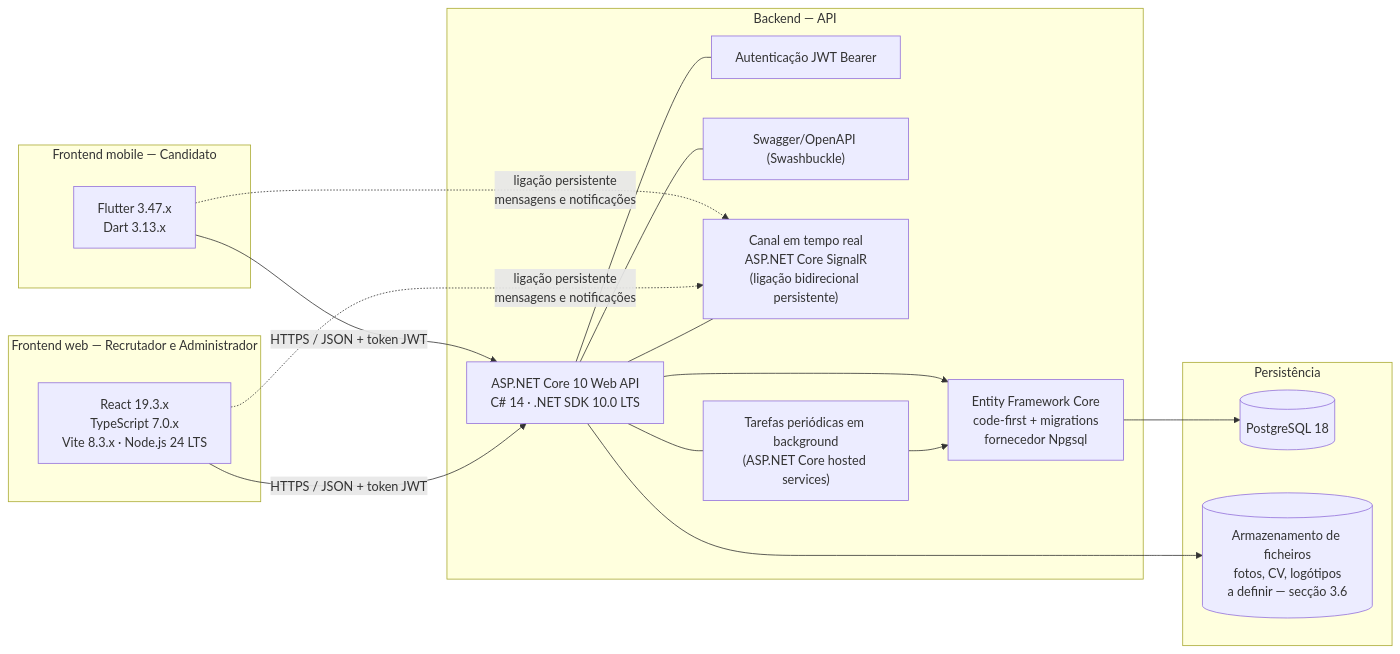
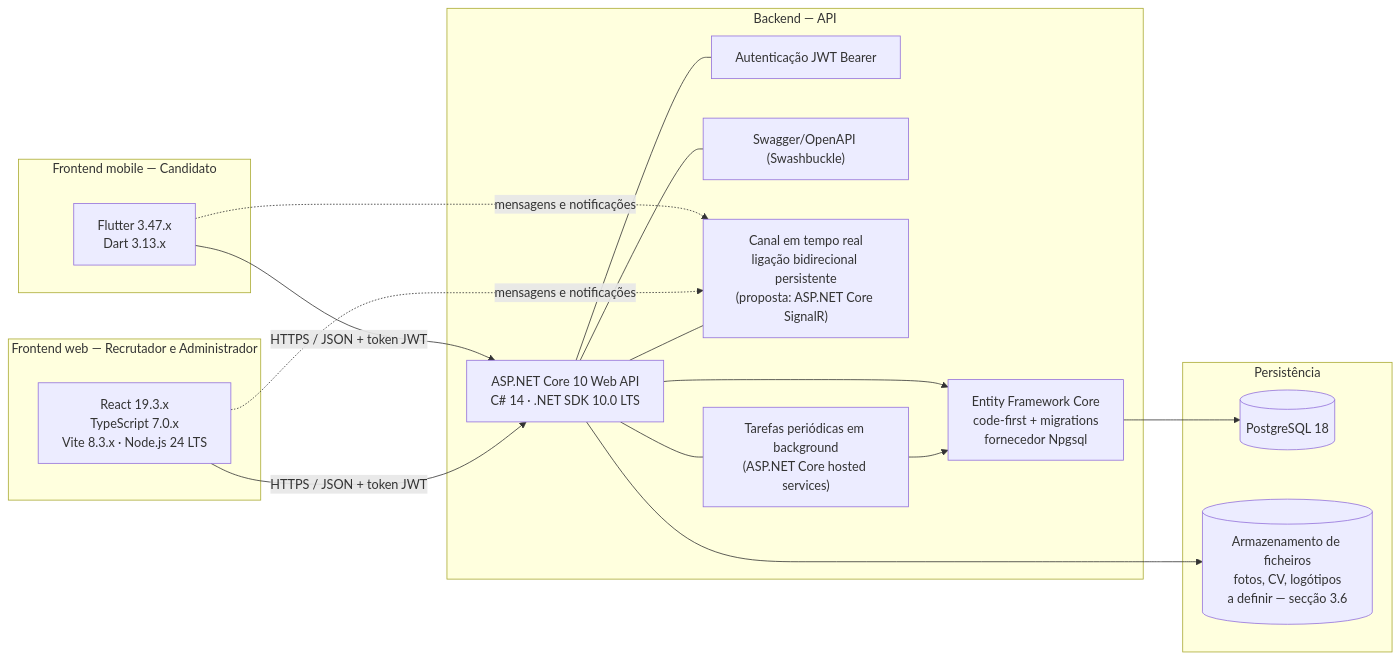
The second of 2 diagrams in 04-artefactos-tecnicos/04.05-arquitetura/m2-documentacao-arquitetura-v01.md (katch-lds/katch-docs), drawn with Mermaid before and after one commit. The commit also changed other lines of this file, not shown here.

````diff
--- a/04-artefactos-tecnicos/04.05-arquitetura/m2-documentacao-arquitetura-v01.md
+++ b/04-artefactos-tecnicos/04.05-arquitetura/m2-documentacao-arquitetura-v01.md
@@ -193,32 +193,32 @@
 ```mermaid
 flowchart LR
     subgraph Mobile["Frontend mobile — Candidato"]
         M1["Flutter 3.47.x<br/>Dart 3.13.x"]
     end
     subgraph Web["Frontend web — Recrutador e Administrador"]
         W1["React 19.3.x<br/>TypeScript 7.0.x<br/>Vite 8.3.x · Node.js 24 LTS"]
     end
     subgraph Backend["Backend — API"]
         B1["ASP.NET Core 10 Web API<br/>C# 14 · .NET SDK 10.0 LTS"]
         B2["Autenticação JWT Bearer"]
         B3["Swagger/OpenAPI (Swashbuckle)"]
         B4["Entity Framework Core<br/>code-first + migrations<br/>fornecedor Npgsql"]
-        B5["Canal em tempo real<br/>ASP.NET Core SignalR<br/>(ligação bidirecional persistente)"]
+        B5["Canal em tempo real<br/>ligação bidirecional persistente<br/>(proposta: ASP.NET Core SignalR)"]
         B6["Tarefas periódicas em background<br/>(ASP.NET Core hosted services)"]
     end
     subgraph Dados["Persistência"]
         D1[("PostgreSQL 18")]
         D2[("Armazenamento de ficheiros<br/>fotos, CV, logótipos<br/>a definir — secção 3.6")]
     end
     M1 -- "HTTPS / JSON + token JWT" --> B1
     W1 -- "HTTPS / JSON + token JWT" --> B1
-    M1 -. "ligação persistente<br/>mensagens e notificações" .-> B5
-    W1 -. "ligação persistente<br/>mensagens e notificações" .-> B5
+    M1 -. "mensagens e notificações" .-> B5
+    W1 -. "mensagens e notificações" .-> B5
     B1 --- B2
     B1 --- B3
     B1 --- B5
     B1 --- B6
     B1 --> B4 --> D1
     B1 --> D2
     B6 --> B4
 ```
````
